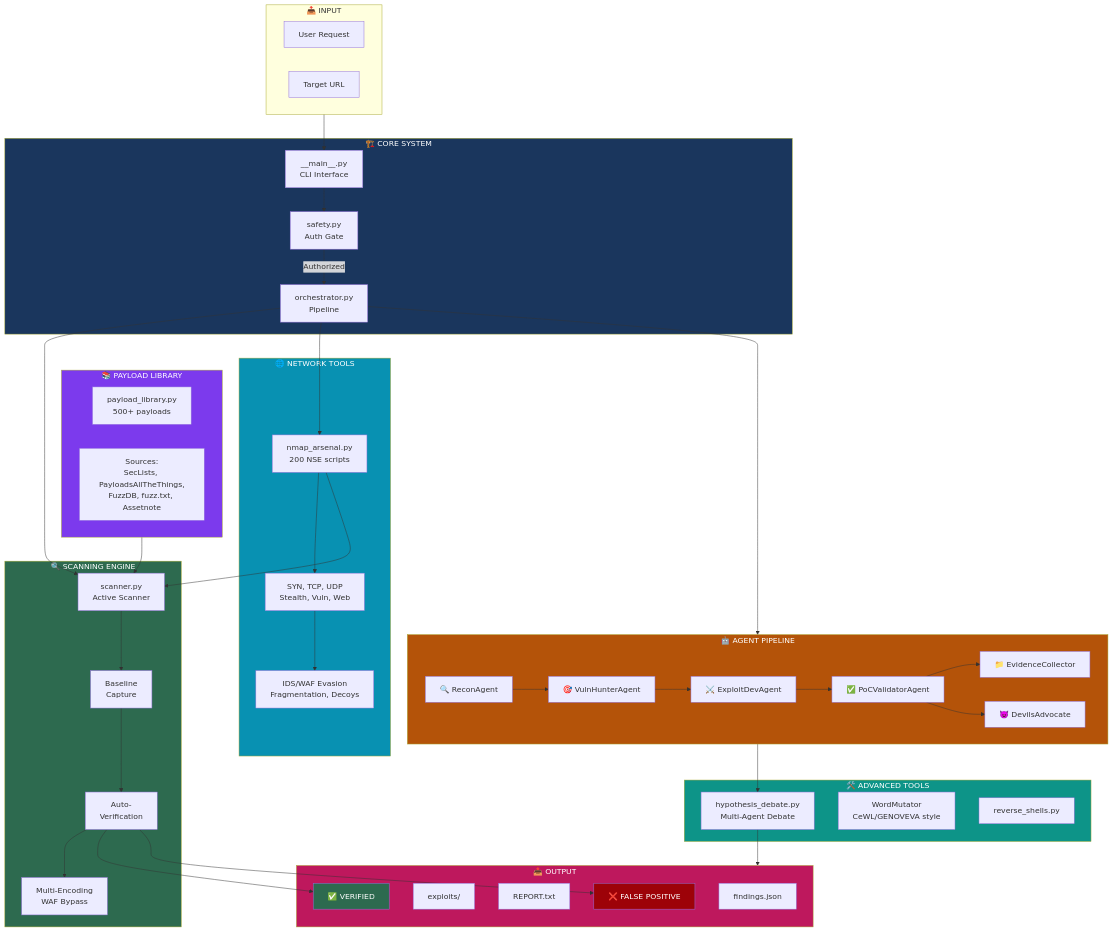
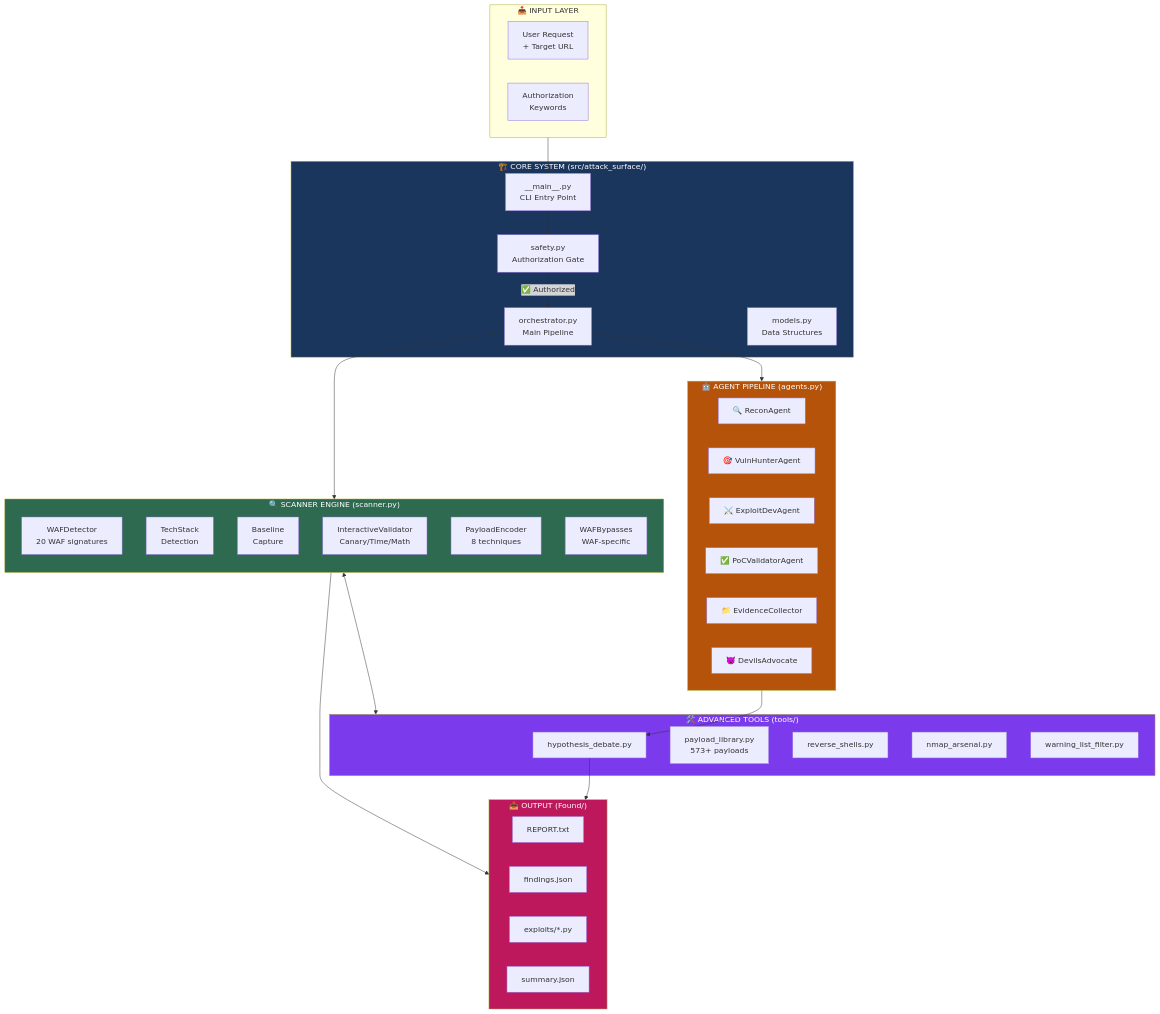
Before and after one commit to purwocode/AGENTIC: the first of 7 diagrams in README.md, drawn with Mermaid. The commit also changed other lines of this file and 1 other file, not shown here.

Commit message:
docs: update README architecture and add Story.md documentation

````diff
--- a/README.md
+++ b/README.md
@@ -152,81 +192,63 @@
 ```mermaid
 flowchart TB
-    subgraph INPUT["📥 INPUT"]
-        REQ["User Request"]
-        TARGET["Target URL"]
+    subgraph INPUT["📥 INPUT LAYER"]
+        REQ["User Request<br/>+ Target URL"]
+        AUTH["Authorization<br/>Keywords"]
     end
 
-    subgraph CORE["🏗️ CORE SYSTEM"]
-        CLI["__main__.py<br/>CLI Interface"]
-        SAFETY["safety.py<br/>Auth Gate"]
-        ORCH["orchestrator.py<br/>Pipeline"]
+    subgraph CORE["🏗️ CORE SYSTEM (src/attack_surface/)"]
+        CLI["__main__.py<br/>CLI Entry Point"]
+        SAFETY["safety.py<br/>Authorization Gate"]
+        ORCH["orchestrator.py<br/>Main Pipeline"]
+        MODELS["models.py<br/>Data Structures"]
     end
 
-    subgraph PAYLOADS["📚 PAYLOAD LIBRARY"]
-        direction LR
-        PL["payload_library.py<br/>500+ payloads"]
-        SOURCES["Sources:<br/>SecLists, PayloadsAllTheThings,<br/>FuzzDB, fuzz.txt, Assetnote"]
+    subgraph SCANNER["🔍 SCANNER ENGINE (scanner.py)"]
+        direction TB
+        WAF_DET["WAFDetector<br/>20 WAF signatures"]
+        TECH["TechStack<br/>Detection"]
+        BASELINE["Baseline<br/>Capture"]
+        VALIDATOR["InteractiveValidator<br/>Canary/Time/Math"]
+        ENCODER["PayloadEncoder<br/>8 techniques"]
+        BYPASS["WAFBypasses<br/>WAF-specific"]
     end
 
-    subgraph SCANNING["🔍 SCANNING ENGINE"]
-        SCANNER["scanner.py<br/>Active Scanner"]
-        BASELINE["Baseline<br/>Capture"]
-        VERIFY["Auto-<br/>Verification"]
-        ENCODER["Multi-Encoding<br/>WAF Bypass"]
-    end
-
-    subgraph AGENTS["🤖 AGENT PIPELINE"]
+    subgraph AGENTS["🤖 AGENT PIPELINE (agents.py)"]
         AG1["🔍 ReconAgent"]
         AG2["🎯 VulnHunterAgent"]
         AG3["⚔️ ExploitDevAgent"]
         AG4["✅ PoCValidatorAgent"]
         AG5["📁 EvidenceCollector"]
         AG6["👿 DevilsAdvocate"]
-        AG1 --> AG2 --> AG3 --> AG4 --> AG5
-        AG4 --> AG6
     end
 
-    subgraph TOOLS["🛠️ ADVANCED TOOLS"]
-        DEBATE["hypothesis_debate.py<br/>Multi-Agent Debate"]
-        MUTATE["WordMutator<br/>CeWL/GENOVEVA style"]
+    subgraph TOOLS["🛠️ ADVANCED TOOLS (tools/)"]
+        DEBATE["hypothesis_debate.py"]
+        PAYLOADS["payload_library.py<br/>573+ payloads"]
         SHELL["reverse_shells.py"]
+        NMAP["nmap_arsenal.py"]
+        FILTER["warning_list_filter.py"]
     end
 
-    subgraph NETWORK["🌐 NETWORK TOOLS"]
-        NMAP["nmap_arsenal.py<br/>200 NSE scripts"]
-        SCANS["SYN, TCP, UDP<br/>Stealth, Vuln, Web"]
-        EVASION["IDS/WAF Evasion<br/>Fragmentation, Decoys"]
-    end
-
-    subgraph OUTPUT["📤 OUTPUT"]
-        FINDINGS["findings.json"]
-        EXPLOITS["exploits/"]
+    subgraph OUTPUT["📤 OUTPUT (Found/)"]
         REPORT["REPORT.txt"]
-        VERIFIED["✅ VERIFIED"]
-        FP["❌ FALSE POSITIVE"]
+        JSON["findings.json"]
+        EXPLOITS["exploits/*.py"]
+        SUMMARY["summary.json"]
     end
 
     INPUT --> CLI --> SAFETY
-    SAFETY -->|Authorized| ORCH
-    PAYLOADS --> SCANNER
+    SAFETY -->|"✅ Authorized"| ORCH
     ORCH --> SCANNER
-    SCANNER --> BASELINE --> VERIFY --> ENCODER
     ORCH --> AGENTS
+    SCANNER <--> TOOLS
     AGENTS --> DEBATE
+    SCANNER --> OUTPUT
     DEBATE --> OUTPUT
-    ORCH --> NMAP
-    NMAP --> SCANS --> EVASION
-    NMAP --> SCANNER
-    VERIFY --> VERIFIED
-    VERIFY --> FP
 
     style CORE fill:#1a365d,color:#fff
-    style PAYLOADS fill:#7c3aed,color:#fff
-    style SCANNING fill:#2d6a4f,color:#fff
+    style SCANNER fill:#2d6a4f,color:#fff
     style AGENTS fill:#b45309,color:#fff
-    style TOOLS fill:#0d9488,color:#fff
+    style TOOLS fill:#7c3aed,color:#fff
     style OUTPUT fill:#be185d,color:#fff
-    style VERIFIED fill:#2d6a4f,color:#fff
-    style FP fill:#9d0208,color:#fff
-    style NETWORK fill:#0891b2,color:#fff
 ```
````
